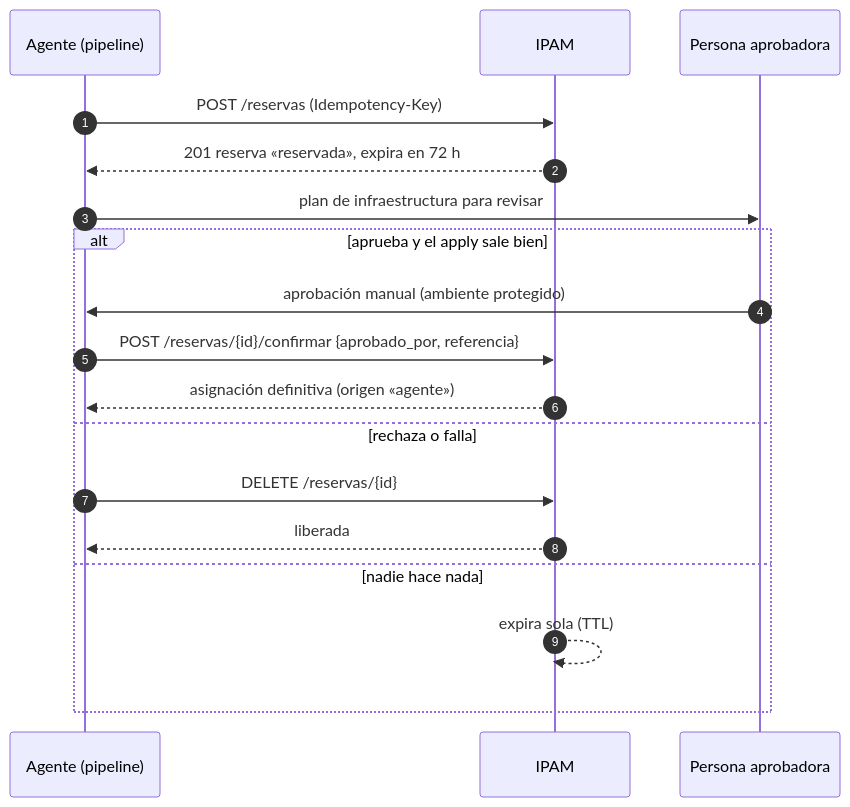
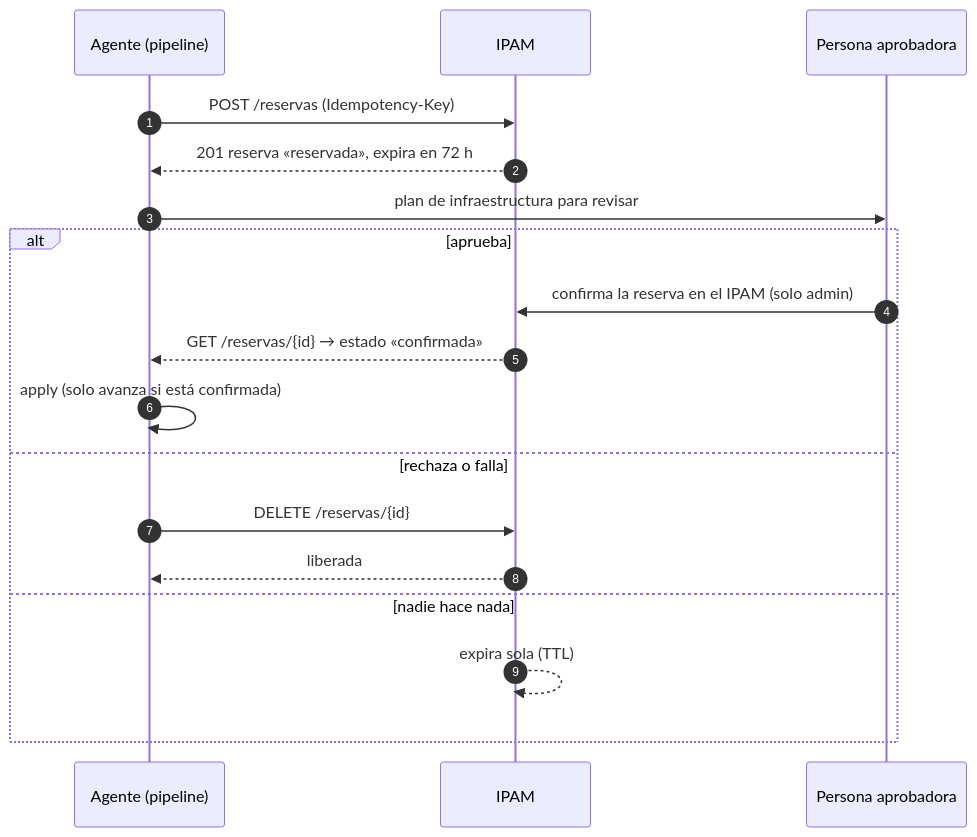
The third of 5 diagrams in docs/ARQUITECTURA.md (estratotechspa/ipam), drawn with Mermaid before and after one commit. The commit also changed other lines of this file and 18 other files, not shown here.

Commit message:
feat(seguridad)!: confirmar una reserva es solo de admin; un token de servicio no confirma

````diff
--- a/docs/ARQUITECTURA.md
+++ b/docs/ARQUITECTURA.md
@@ -67,20 +67,20 @@
 ```mermaid
 sequenceDiagram
   autonumber
   participant G as Agente (pipeline)
   participant I as IPAM
   participant H as Persona aprobadora
   G->>I: POST /reservas (Idempotency-Key)
   I-->>G: 201 reserva «reservada», expira en 72 h
   G->>H: plan de infraestructura para revisar
-  alt aprueba y el apply sale bien
-    H->>G: aprobación manual (ambiente protegido)
-    G->>I: POST /reservas/{id}/confirmar {aprobado_por, referencia}
-    I-->>G: asignación definitiva (origen «agente»)
+  alt aprueba
+    H->>I: confirma la reserva en el IPAM (solo admin)
+    I-->>G: GET /reservas/{id} → estado «confirmada»
+    G->>G: apply (solo avanza si está confirmada)
   else rechaza o falla
     G->>I: DELETE /reservas/{id}
     I-->>G: liberada
   else nadie hace nada
     I-->>I: expira sola (TTL)
   end
 ```
````
